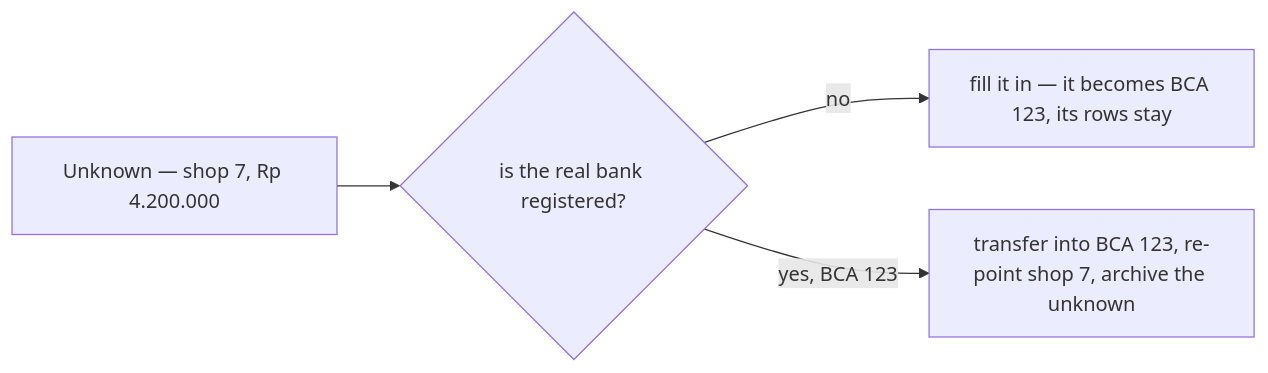
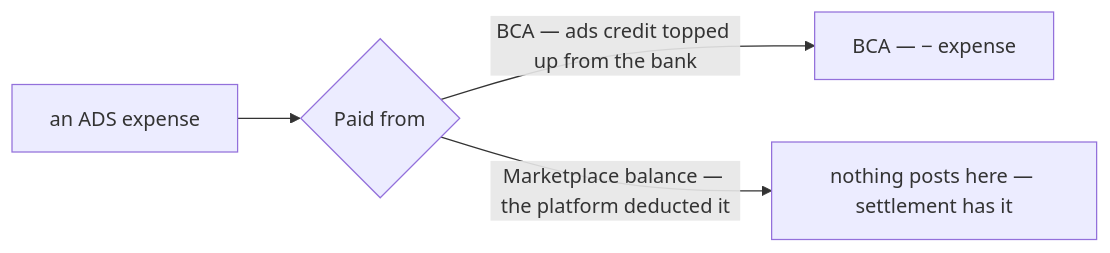
The sixth of 8 diagrams in docs/business/financial_account/context_clarify.md (pdcgo/warehouse_revamp), drawn with Mermaid before and after one commit. The commit also changed other lines of this file and 3 other files, not shown here.

````diff
--- a/docs/business/financial_account/context_clarify.md
+++ b/docs/business/financial_account/context_clarify.md
@@ -394,6 +377,6 @@
     ```mermaid
     flowchart LR
-      U["Unknown — shop 7, Rp 4.200.000"] --> Q{"is the real bank registered?"}
-      Q -->|"no"| F["fill it in — it becomes BCA 123, its rows stay"]
-      Q -->|"yes, BCA 123"| M["transfer into BCA 123, re-point shop 7, archive the unknown"]
+      A["an ADS expense"] --> Q{"Paid from"}
+      Q -->|"BCA — ads credit topped up from the bank"| B["BCA — − expense"]
+      Q -->|"Marketplace balance — the platform deducted it"| N["nothing posts here — settlement has it"]
     ```
````
